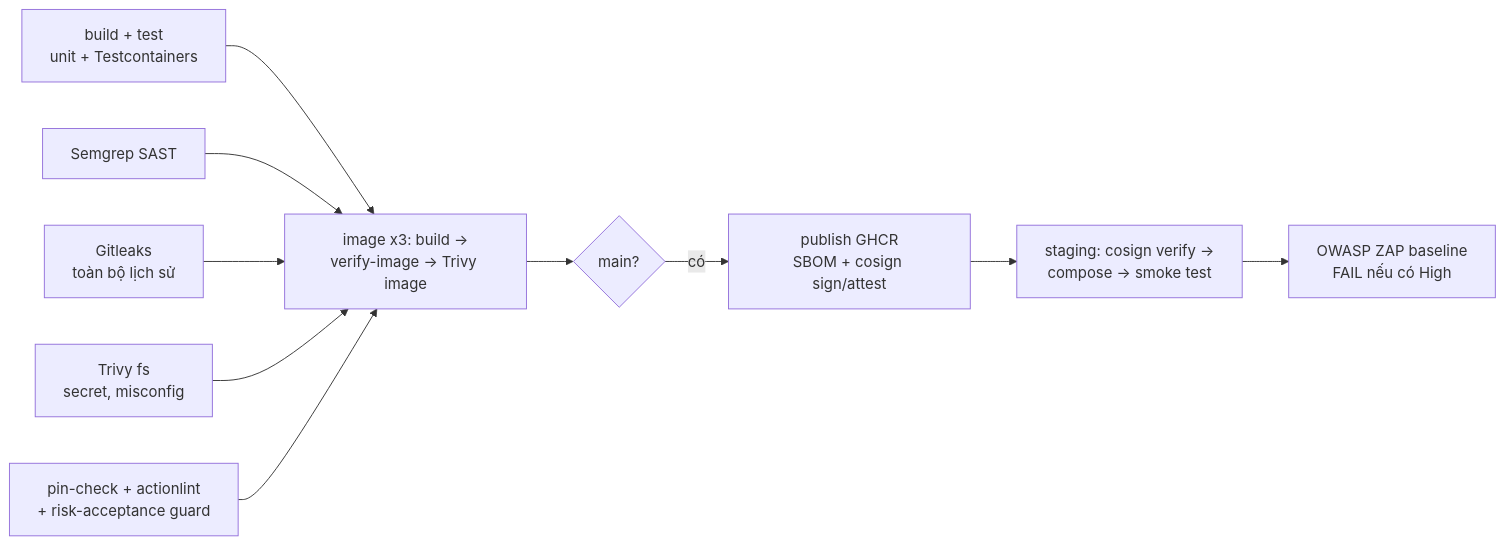
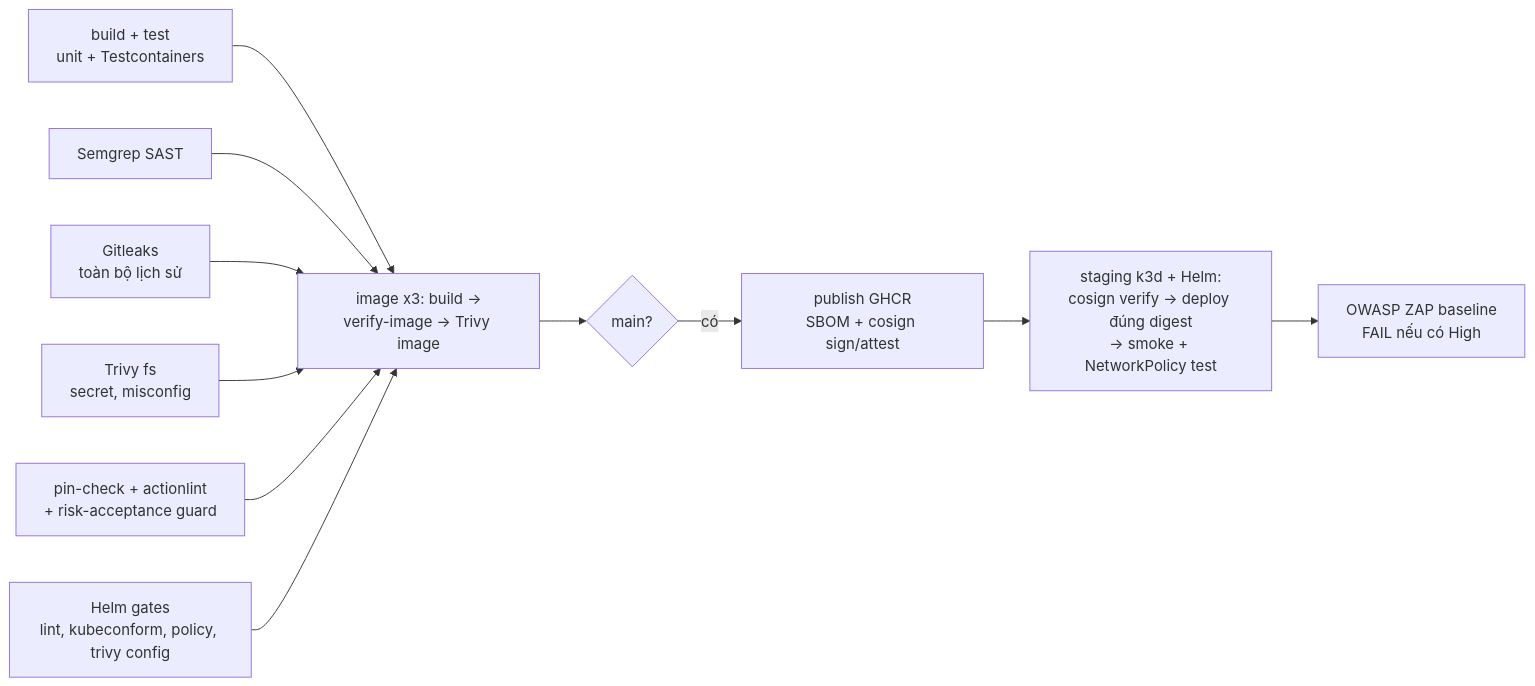
One commit to LukastGeorge/guardgate changed the first of 2 diagrams in README.md. Above: the diagram before and after it, drawn with Mermaid. The commit also changed other lines of this file and 2 other files, not shown here.

````diff
--- a/README.md
+++ b/README.md
@@ -95,12 +97,13 @@
 ```mermaid
 flowchart LR
     A[build + test<br/>unit + Testcontainers] --> F
     B[Semgrep SAST] --> F
     C[Gitleaks<br/>toàn bộ lịch sử] --> F
     D[Trivy fs<br/>secret, misconfig] --> F
     E[pin-check + actionlint<br/>+ risk-acceptance guard] --> F
     F[image x3: build →<br/>verify-image → Trivy image] --> G{main?}
     G -- có --> H[publish GHCR<br/>SBOM + cosign sign/attest]
-    H --> I[staging: cosign verify →<br/>compose → smoke test]
+    E2[Helm gates<br/>lint, kubeconform, policy, trivy config] --> F
+    H --> I[staging k3d + Helm:<br/>cosign verify → deploy đúng digest<br/>→ smoke + NetworkPolicy test]
     I --> J[OWASP ZAP baseline<br/>FAIL nếu có High]
 ```
````
